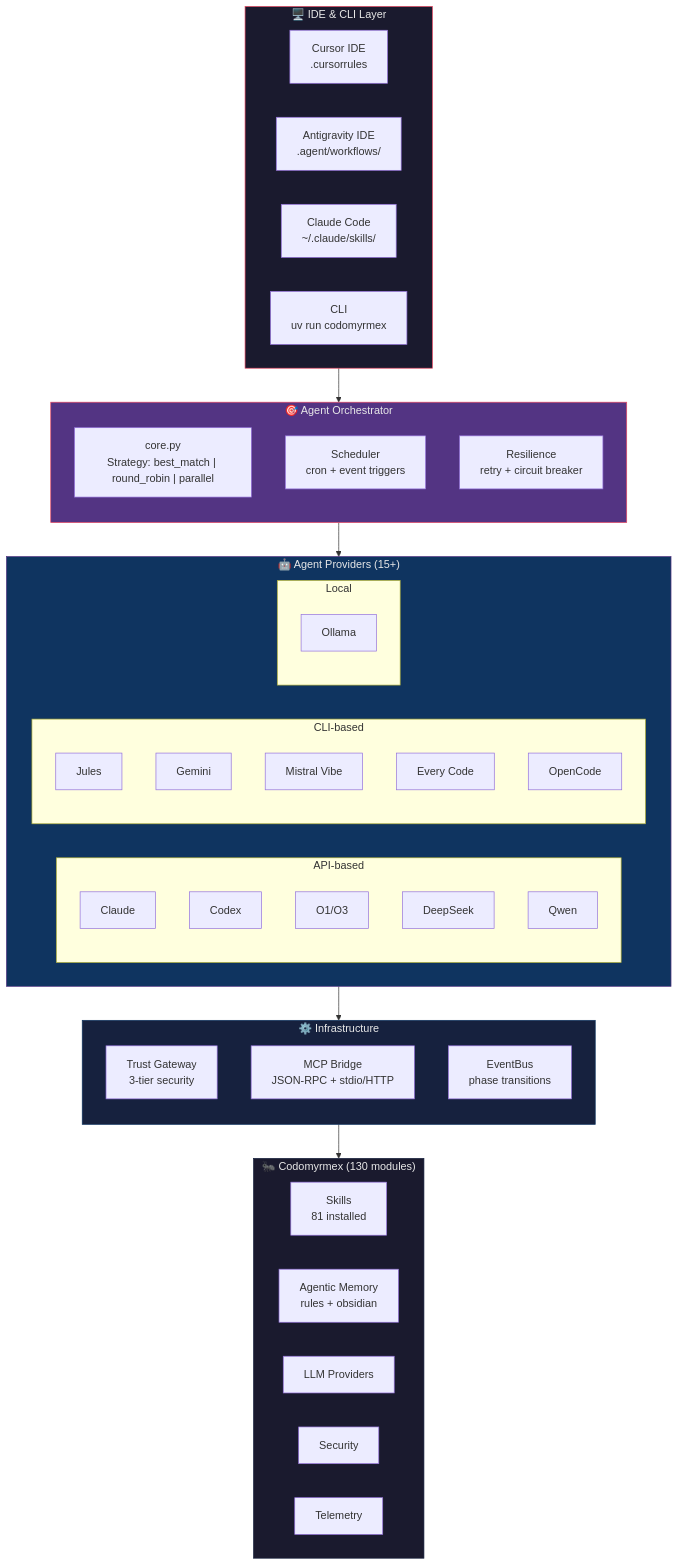
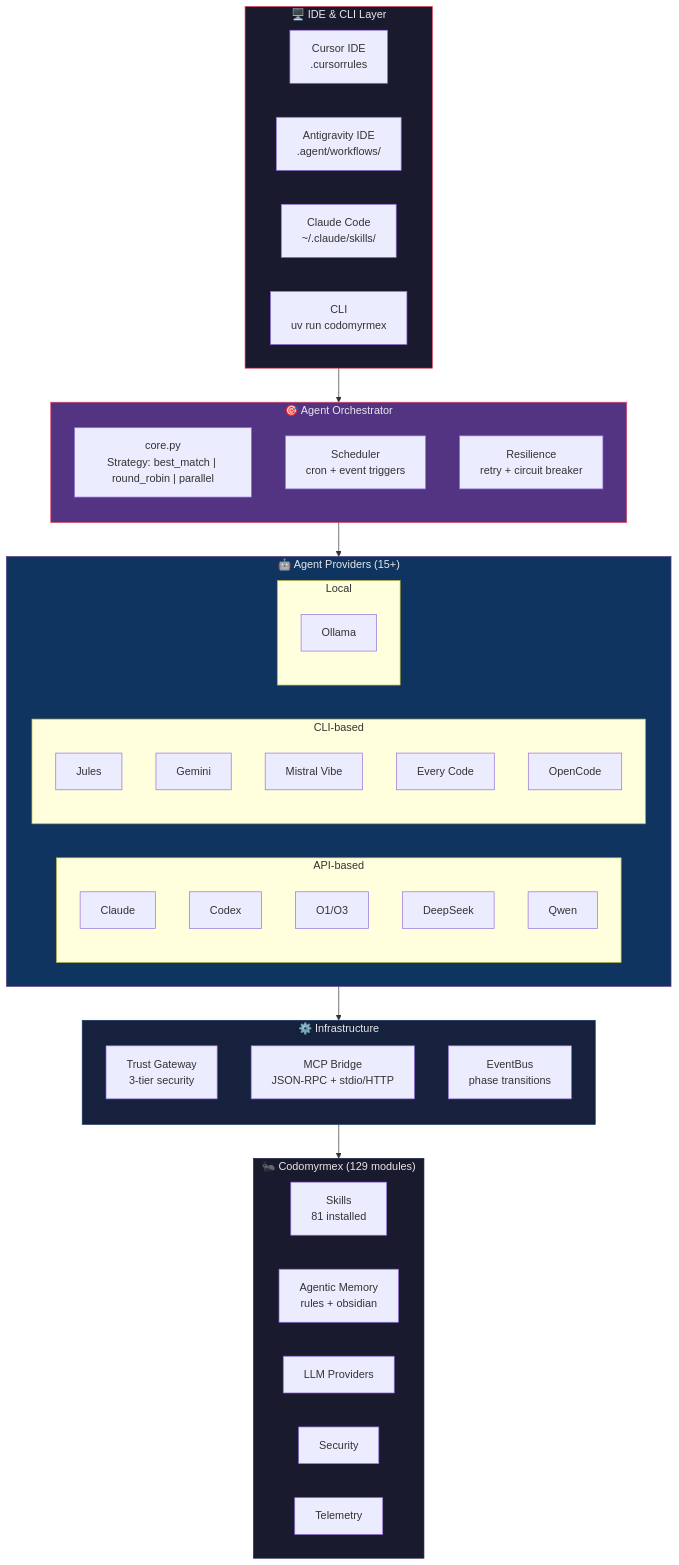
One commit to docxology/codomyrmex changed the first of 11 diagrams in docs/getting-started/GETTING_STARTED_WITH_AGENTS.md. Above: the diagram before and after it, drawn with Mermaid. The commit also changed other lines of this file and 58 other files, not shown here.

````diff
--- a/docs/getting-started/GETTING_STARTED_WITH_AGENTS.md
+++ b/docs/getting-started/GETTING_STARTED_WITH_AGENTS.md
@@ -13,65 +13,65 @@
 ```mermaid
 graph TB
     subgraph IDE["🖥️ IDE & CLI Layer"]
         direction LR
         CURSOR["Cursor IDE<br/>.cursorrules"]
         ANTIGRAV["Antigravity IDE<br/>.agent/workflows/"]
         CLAUDE_CODE["Claude Code<br/>~/.claude/skills/"]
         CLI["CLI<br/>uv run codomyrmex"]
     end
 
     subgraph ORCH["🎯 Agent Orchestrator"]
         direction TB
         CORE["core.py<br/>Strategy: best_match | round_robin | parallel"]
         SCHED["Scheduler<br/>cron + event triggers"]
         RESILIENCE["Resilience<br/>retry + circuit breaker"]
     end
 
     subgraph AGENTS["🤖 Agent Providers (15+)"]
         direction LR
         subgraph API_AGENTS["API-based"]
             CLAUDE["Claude"]
             CODEX["Codex"]
             O1["O1/O3"]
             DEEPSEEK["DeepSeek"]
             QWEN["Qwen"]
         end
         subgraph CLI_AGENTS["CLI-based"]
             JULES["Jules"]
             GEMINI["Gemini"]
             MISTRAL["Mistral Vibe"]
             EVERYCODE["Every Code"]
             OPENCODE["OpenCode"]
         end
         subgraph LOCAL_AGENTS["Local"]
             OLLAMA["Ollama"]
         end
     end
 
     subgraph INFRA["⚙️ Infrastructure"]
         direction TB
         TRUST["Trust Gateway<br/>3-tier security"]
         MCP["MCP Bridge<br/>JSON-RPC + stdio/HTTP"]
         EVENTS["EventBus<br/>phase transitions"]
     end
 
-    subgraph MODULES["🐜 Codomyrmex (130 modules)"]
+    subgraph MODULES["🐜 Codomyrmex (129 modules)"]
         direction LR
         SKILLS_MOD["Skills<br/>81 installed"]
         MEMORY_MOD["Agentic Memory<br/>rules + obsidian"]
         LLM_MOD["LLM Providers"]
         SEC_MOD["Security"]
         TELEM_MOD["Telemetry"]
     end
 
     IDE --> ORCH
     ORCH --> AGENTS
     AGENTS --> INFRA
     INFRA --> MODULES
 
     style IDE fill:#1a1a2e,stroke:#e94560,color:#e8e8e8
     style ORCH fill:#533483,stroke:#e94560,color:#e8e8e8
     style AGENTS fill:#0f3460,stroke:#533483,color:#e8e8e8
     style INFRA fill:#16213e,stroke:#0f3460,color:#e8e8e8
     style MODULES fill:#1a1a2e,stroke:#16213e,color:#e8e8e8
 ```
````
